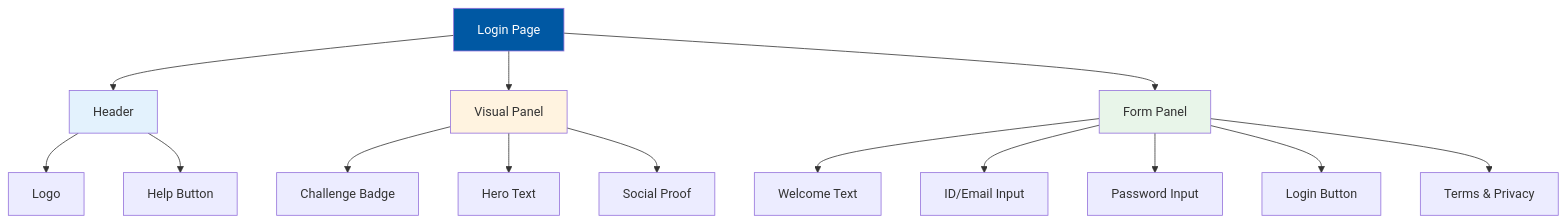
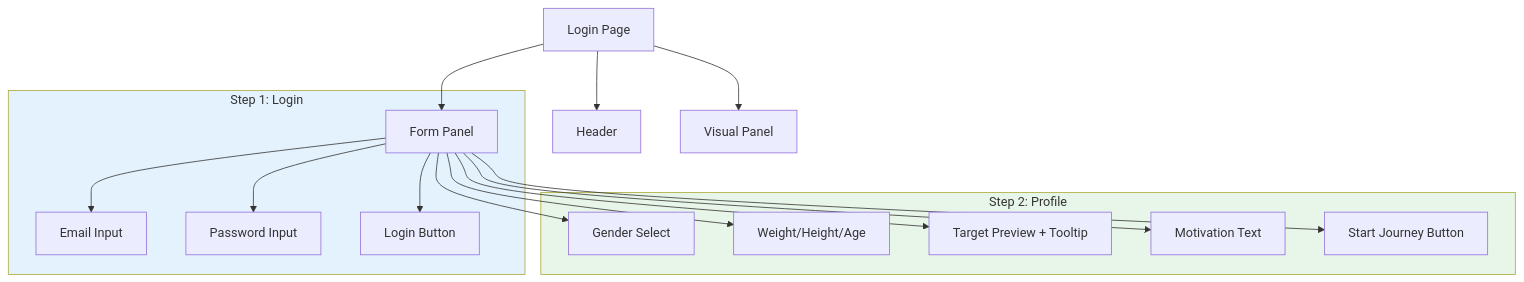
One commit to ilhaminudin24/ITDigital-wellbeing changed the fourth of 10 diagrams in docs/project_analysis.md. Above: the diagram before and after it, drawn with Mermaid. The commit also changed other lines of this file and 8 other files, not shown here.

````diff
--- a/docs/project_analysis.md
+++ b/docs/project_analysis.md
@@ -200,24 +225,23 @@
 ```mermaid
 flowchart TD
     A[Login Page] --> B[Header]
     A --> C[Visual Panel]
     A --> D[Form Panel]
     
-    B --> B1[Logo]
-    B --> B2[Help Button]
+    subgraph Login["Step 1: Login"]
+        D --> D1[Email Input]
+        D --> D2[Password Input]
+        D --> D3[Login Button]
+    end
     
-    C --> C1[Challenge Badge]
-    C --> C2[Hero Text]
-    C --> C3[Social Proof]
-    
-    D --> D1[Welcome Text]
-    D --> D2[ID/Email Input]
-    D --> D3[Password Input]
-    D --> D4[Login Button]
-    D --> D5[Terms & Privacy]
+    subgraph Profile["Step 2: Profile"]
+        D --> D4[Gender Select]
+        D --> D5[Weight/Height/Age]
+        D --> D6[Target Preview + Tooltip]
+        D --> D7[Motivation Text]
+        D --> D8[Start Journey Button]
+    end
 
-    style A fill:#0058a3,color:#fff
-    style B fill:#e3f2fd
-    style C fill:#fff3e0
-    style D fill:#e8f5e9
+    style Login fill:#e3f2fd
+    style Profile fill:#e8f5e9
 ```
````
